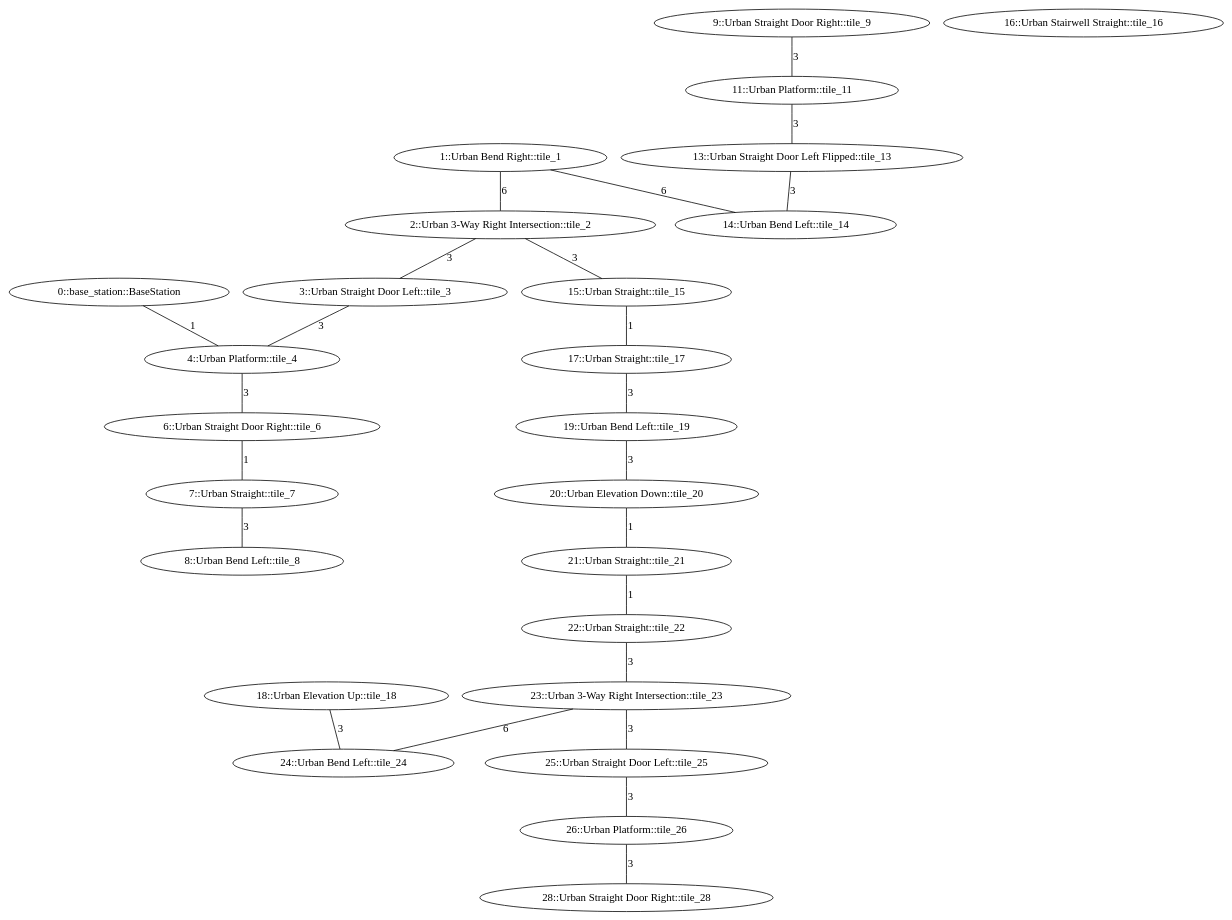
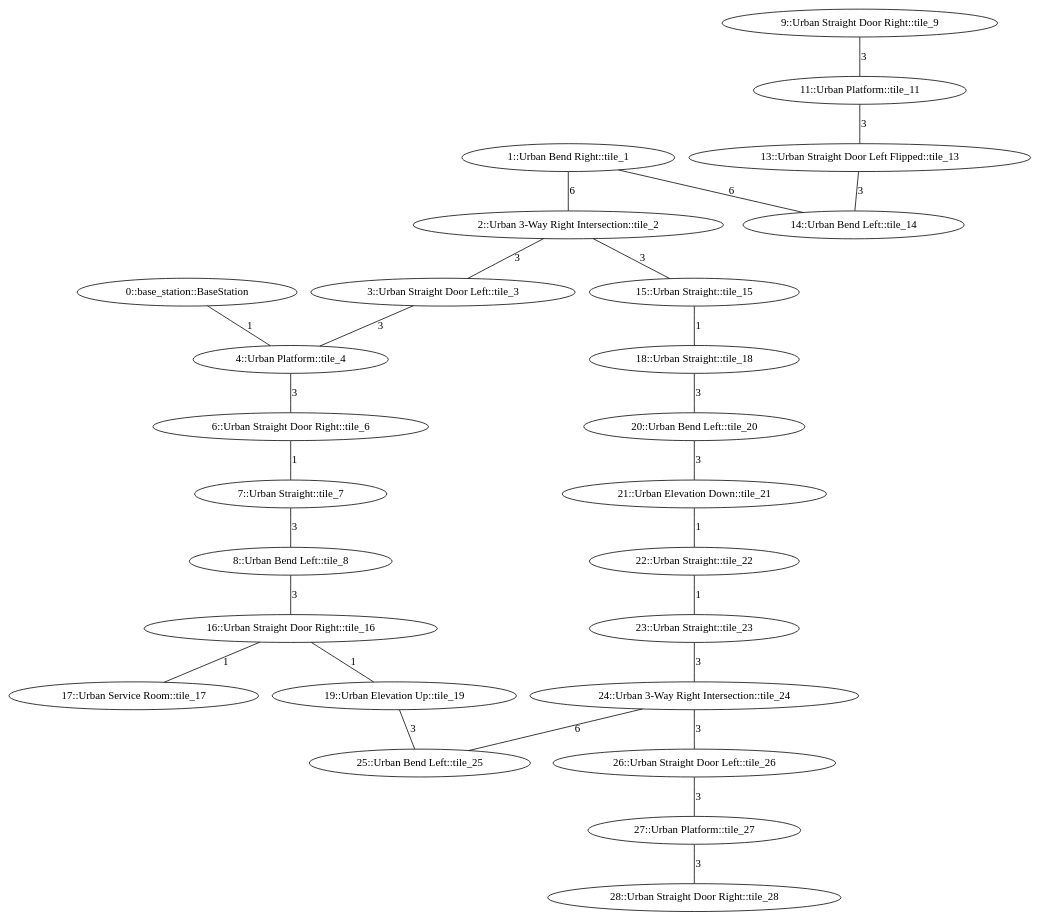
One commit to osrf/subt changed the diagram in subt_ign/worlds/simple_urban_02.dot. Above: the diagram before and after it, drawn with Graphviz. The commit also changed 2 other files, not shown here.

Commit message:
Added service room

```diff
--- a/subt_ign/worlds/simple_urban_02.dot
+++ b/subt_ign/worlds/simple_urban_02.dot
@@ -1,62 +1,66 @@
 /* Visibility graph for simple_urban_02.tsv */
 /* Generated with the tile_tsv.py script: */
 /*   tile_tsv.py simple_urban_02.tsv -\-graph-file simple_urban_02.dot -\-world-file simple_urban_02.sdf -\-world-name simple_urban_02 -\-scale_x 40 -\-scale_y 40 -\-urban -\-x0 -280 -\-y0 32 */
 
 graph {
   /* ==== Vertices ==== */
 
   /* Base station / Staging area */
   0   [label="0::base_station::BaseStation"];
 
   1   [label="1::Urban Bend Right::tile_1"];
   2   [label="2::Urban 3-Way Right Intersection::tile_2"];
   3   [label="3::Urban Straight Door Left::tile_3"];
   4   [label="4::Urban Platform::tile_4"];
   6   [label="6::Urban Straight Door Right::tile_6"];
   7   [label="7::Urban Straight::tile_7"];
   8   [label="8::Urban Bend Left::tile_8"];
   9   [label="9::Urban Straight Door Right::tile_9"];
   11  [label="11::Urban Platform::tile_11"];
   13  [label="13::Urban Straight Door Left Flipped::tile_13"];
   14  [label="14::Urban Bend Left::tile_14"];
   15  [label="15::Urban Straight::tile_15"];
-  16  [label="16::Urban Stairwell Straight::tile_16"];
-  17  [label="17::Urban Straight::tile_17"];
-  18  [label="18::Urban Elevation Up::tile_18"];
-  19  [label="19::Urban Bend Left::tile_19"];
-  20  [label="20::Urban Elevation Down::tile_20"];
-  21  [label="21::Urban Straight::tile_21"];
+  16  [label="16::Urban Straight Door Right::tile_16"];
+  17  [label="17::Urban Service Room::tile_17"];
+  18  [label="18::Urban Straight::tile_18"];
+  19  [label="19::Urban Elevation Up::tile_19"];
+  20  [label="20::Urban Bend Left::tile_20"];
+  21  [label="21::Urban Elevation Down::tile_21"];
   22  [label="22::Urban Straight::tile_22"];
-  23  [label="23::Urban 3-Way Right Intersection::tile_23"];
-  24  [label="24::Urban Bend Left::tile_24"];
-  25  [label="25::Urban Straight Door Left::tile_25"];
-  26  [label="26::Urban Platform::tile_26"];
+  23  [label="23::Urban Straight::tile_23"];
+  24  [label="24::Urban 3-Way Right Intersection::tile_24"];
+  25  [label="25::Urban Bend Left::tile_25"];
+  26  [label="26::Urban Straight Door Left::tile_26"];
+  27  [label="27::Urban Platform::tile_27"];
   28  [label="28::Urban Straight Door Right::tile_28"];
 
   /* ==== Edges ==== */
 
   /* Base station */
   0  -- 4   [label=1];
   1  -- 2   [label=6];  /* Intersection */
   1  -- 14  [label=6];
   2  -- 3   [label=3];  /* Intersection */
   2  -- 15  [label=3];  /* Intersection */
   3  -- 4   [label=3];
   4  -- 6   [label=3];
   6  -- 7   [label=1];
   7  -- 8   [label=3];
+  8  -- 16  [label=3];
   9  -- 11  [label=3];
   11 -- 13  [label=3];
   13 -- 14  [label=3];
-  15 -- 17  [label=1];
-  17 -- 19  [label=3];
-  18 -- 24  [label=3];
-  19 -- 20  [label=3];
-  20 -- 21  [label=1];
+  15 -- 18  [label=1];
+  16 -- 19  [label=1];
+  18 -- 20  [label=3];
+  19 -- 25  [label=3];
+  20 -- 21  [label=3];
   21 -- 22  [label=1];
-  22 -- 23  [label=3];  /* Intersection */
-  23 -- 24  [label=6];  /* Intersection */
-  23 -- 25  [label=3];  /* Intersection */
-  25 -- 26  [label=3];
-  26 -- 28  [label=3];
+  22 -- 23  [label=1];
+  23 -- 24  [label=3];  /* Intersection */
+  24 -- 25  [label=6];  /* Intersection */
+  24 -- 26  [label=3];  /* Intersection */
+  26 -- 27  [label=3];
+  27 -- 28  [label=3];
+  16 -- 17  [label=1];
 }
```
